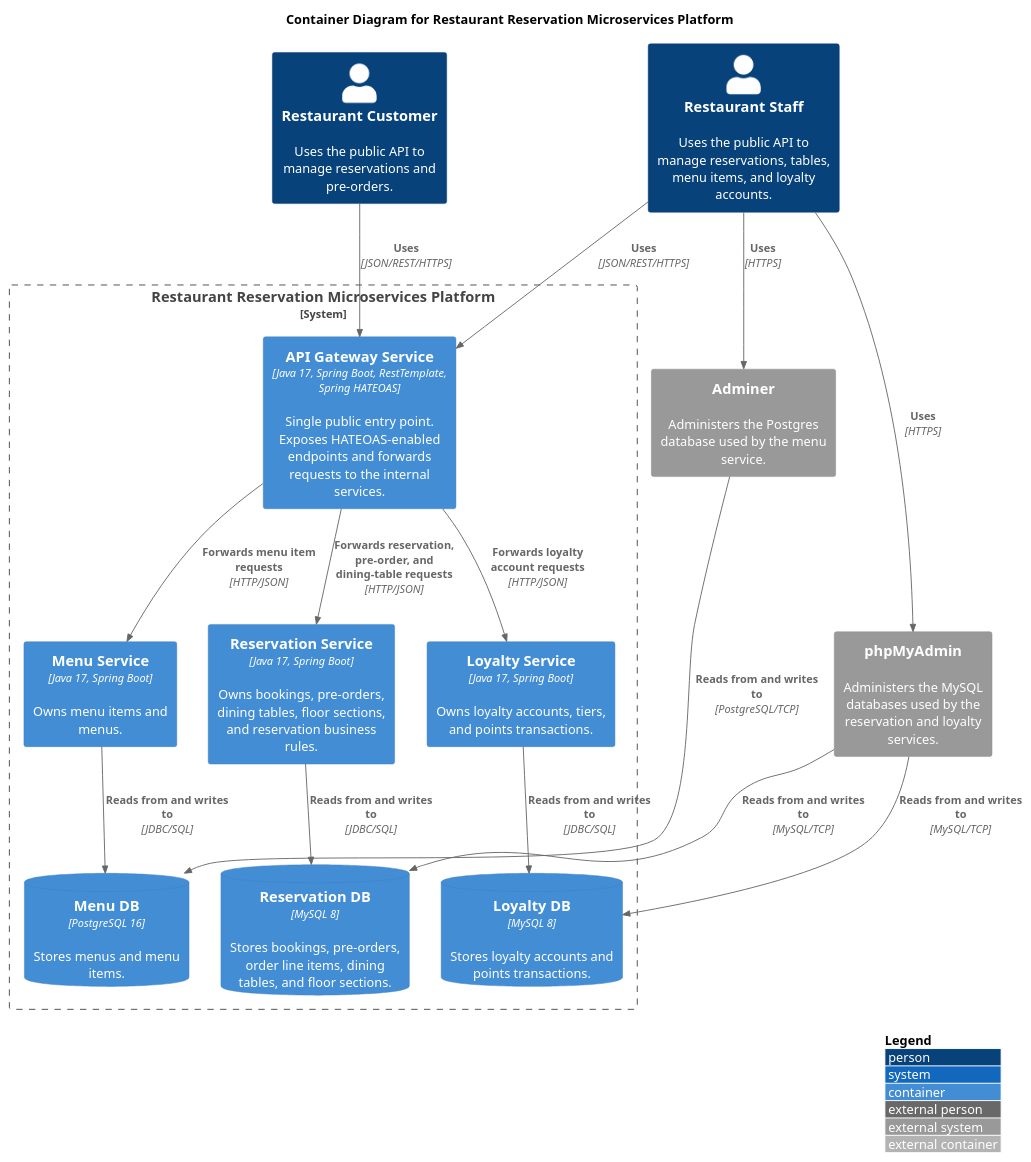
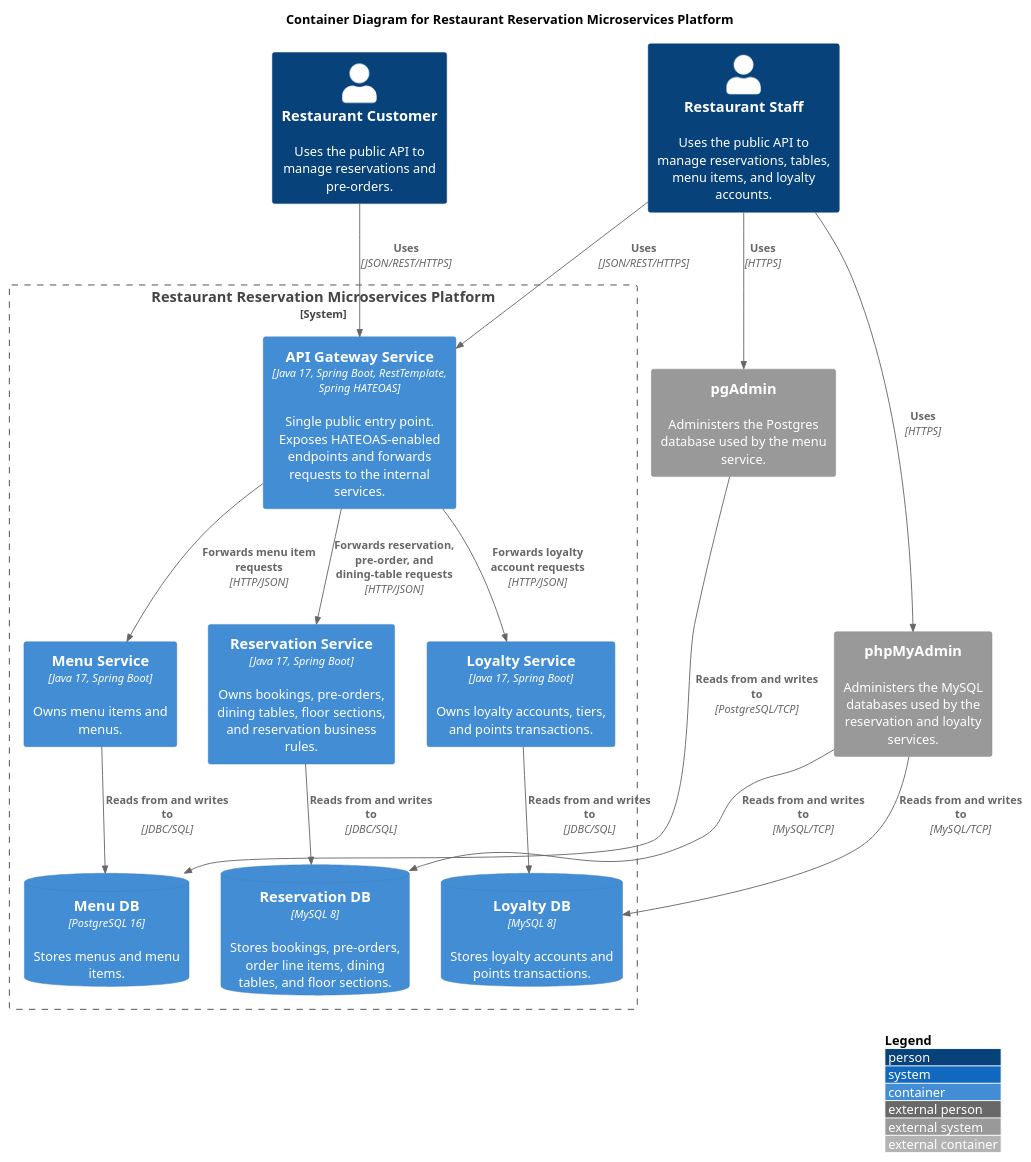
Before and after one commit to Gvxng/restaurant-reservation: the diagram in diagrams/C4_Level2_container.PUML, drawn with PlantUML. The commit also changed 11 other files, not shown here.

```diff
--- a/diagrams/C4_Level2_container.PUML
+++ b/diagrams/C4_Level2_container.PUML
@@ -1,45 +1,45 @@
 @startuml
 !include https://raw.githubusercontent.com/plantuml-stdlib/C4-PlantUML/master/C4_Container.puml
 ' uncomment the following line and comment the first to use locally
 ' !include C4_Container.puml
 LAYOUT_WITH_LEGEND()
 
 title Container Diagram for Restaurant Reservation Microservices Platform
 
 Person(customer, "Restaurant Customer", "Uses the public API to manage reservations and pre-orders.")
 Person(staff, "Restaurant Staff", "Uses the public API to manage reservations, tables, menu items, and loyalty accounts.")
 
 System_Ext(mysql_admin, "phpMyAdmin", "Administers the MySQL databases used by the reservation and loyalty services.")
-System_Ext(adminer, "Adminer", "Administers the Postgres database used by the menu service.")
+System_Ext(pgadmin, "pgAdmin", "Administers the Postgres database used by the menu service.")
 
 System_Boundary(c1, "Restaurant Reservation Microservices Platform") {
     Container(api_gateway, "API Gateway Service", "Java 17, Spring Boot, RestTemplate, Spring HATEOAS", "Single public entry point. Exposes HATEOAS-enabled endpoints and forwards requests to the internal services.")
 
     Container(reservation_service, "Reservation Service", "Java 17, Spring Boot", "Owns bookings, pre-orders, dining tables, floor sections, and reservation business rules.")
     ContainerDb(reservation_db, "Reservation DB", "MySQL 8", "Stores bookings, pre-orders, order line items, dining tables, and floor sections.")
 
     Container(menu_service, "Menu Service", "Java 17, Spring Boot", "Owns menu items and menus.")
     ContainerDb(menu_db, "Menu DB", "PostgreSQL 16", "Stores menus and menu items.")
 
     Container(loyalty_service, "Loyalty Service", "Java 17, Spring Boot", "Owns loyalty accounts, tiers, and points transactions.")
     ContainerDb(loyalty_db, "Loyalty DB", "MySQL 8", "Stores loyalty accounts and points transactions.")
 }
 
 Rel(customer, api_gateway, "Uses", "JSON/REST/HTTPS")
 Rel(staff, api_gateway, "Uses", "JSON/REST/HTTPS")
 
 Rel(api_gateway, reservation_service, "Forwards reservation, pre-order, and dining-table requests", "HTTP/JSON")
 Rel(api_gateway, menu_service, "Forwards menu item requests", "HTTP/JSON")
 Rel(api_gateway, loyalty_service, "Forwards loyalty account requests", "HTTP/JSON")
 
 Rel_D(reservation_service, reservation_db, "Reads from and writes to", "JDBC/SQL")
 Rel_D(menu_service, menu_db, "Reads from and writes to", "JDBC/SQL")
 Rel_D(loyalty_service, loyalty_db, "Reads from and writes to", "JDBC/SQL")
 
 Rel(staff, mysql_admin, "Uses", "HTTPS")
-Rel(staff, adminer, "Uses", "HTTPS")
+Rel(staff, pgadmin, "Uses", "HTTPS")
 Rel(mysql_admin, reservation_db, "Reads from and writes to", "MySQL/TCP")
 Rel(mysql_admin, loyalty_db, "Reads from and writes to", "MySQL/TCP")
-Rel(adminer, menu_db, "Reads from and writes to", "PostgreSQL/TCP")
+Rel(pgadmin, menu_db, "Reads from and writes to", "PostgreSQL/TCP")
 
 @enduml
```
